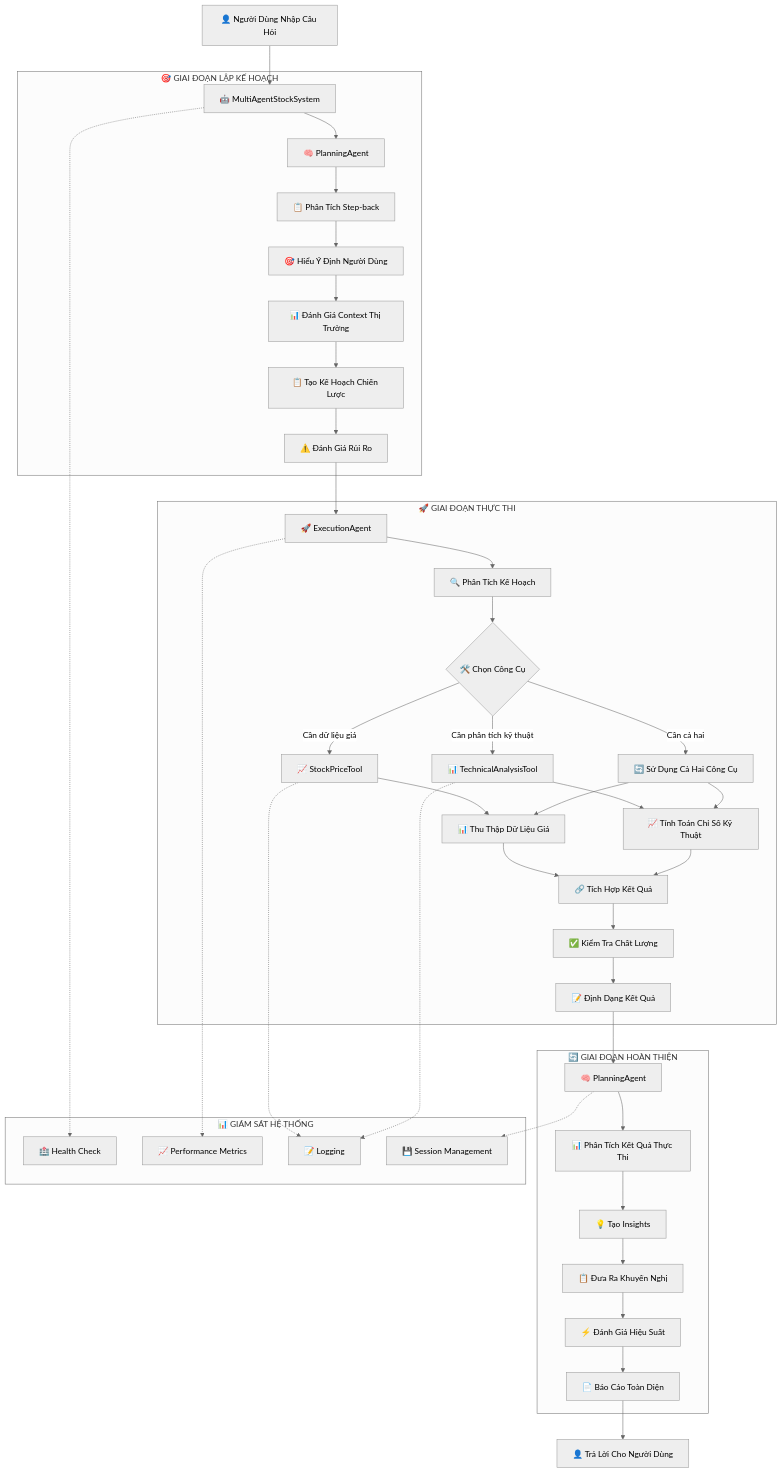
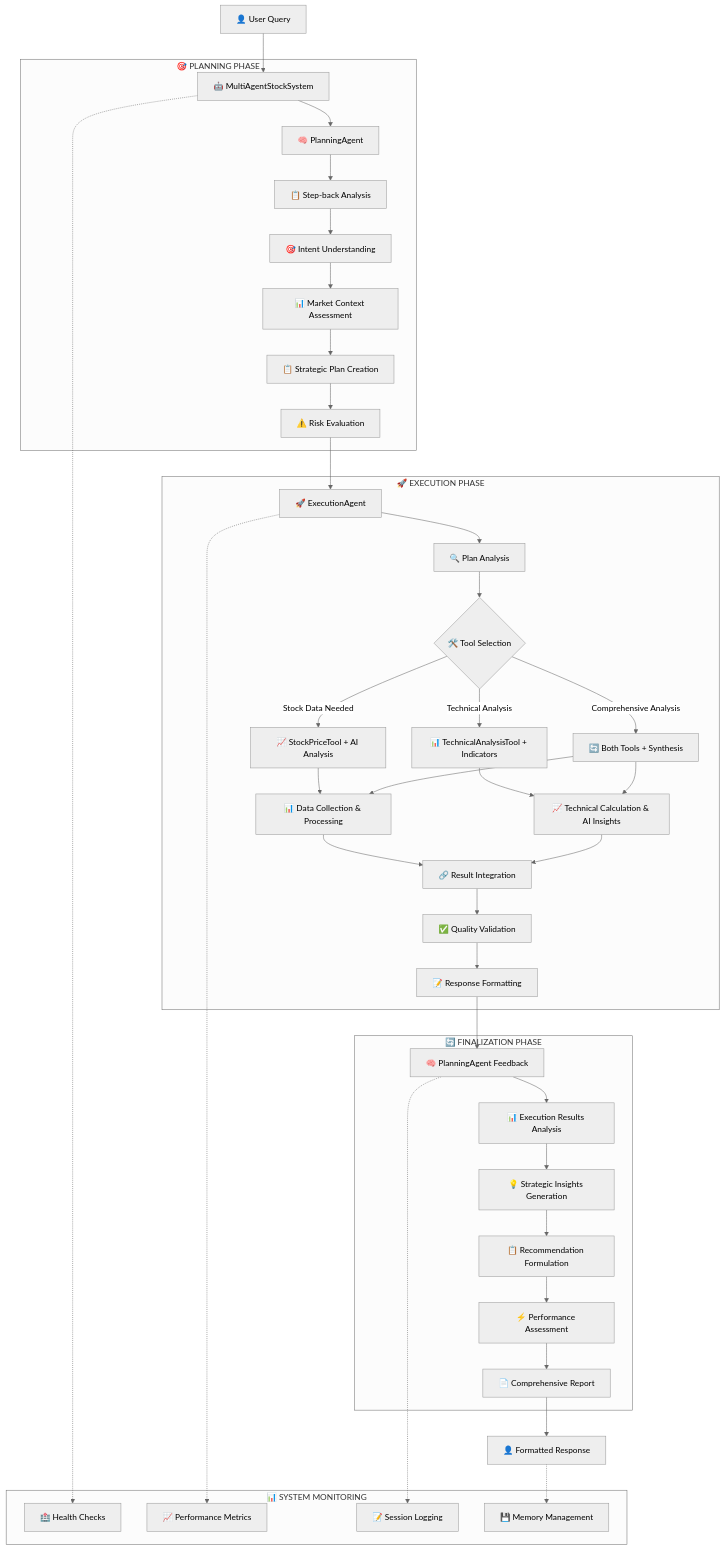
One commit to tranduythanh/Build-GenAI-Course-DataScienceWorld.Kan changed the diagram in unit11/README.md. Above: the diagram before and after it, drawn with Mermaid (neutral theme). The commit also changed other lines of this file, not shown here.

Commit message:
Refactor README.md for clarity and detail; enhance multi-agent system architecture overview and agent specialization descriptions

````diff
--- a/unit11/README.md
+++ b/unit11/README.md
@@ -30,57 +37,56 @@
 ```mermaid
 graph TD
-    A[👤 Người Dùng Nhập Câu Hỏi] --> B[🤖 MultiAgentStockSystem]
+    A[👤 User Query] --> B[🤖 MultiAgentStockSystem]
     
-    subgraph "🎯 GIAI ĐOẠN LẬP KẾ HOẠCH"
+    subgraph "🎯 PLANNING PHASE"
         B --> C[🧠 PlanningAgent]
-        C --> D[📋 Phân Tích Step-back]
-        D --> E[🎯 Hiểu Ý Định Người Dùng]
-        E --> F[📊 Đánh Giá Context Thị Trường]
-        F --> G[📋 Tạo Kế Hoạch Chiến Lược]
-        G --> H[⚠️ Đánh Giá Rủi Ro]
+        C --> D[📋 Step-back Analysis]
+        D --> E[🎯 Intent Understanding]
+        E --> F[📊 Market Context Assessment]
+        F --> G[📋 Strategic Plan Creation]
+        G --> H[⚠️ Risk Evaluation]
     end
     
-    subgraph "🚀 GIAI ĐOẠN THỰC THI"
+    subgraph "🚀 EXECUTION PHASE"
         H --> I[🚀 ExecutionAgent]
-        I --> J[🔍 Phân Tích Kế Hoạch]
-        J --> K{🛠️ Chọn Công Cụ}
+        I --> J[🔍 Plan Analysis]
+        J --> K{🛠️ Tool Selection}
         
-        K -->|Cần dữ liệu giá| L[📈 StockPriceTool]
-        K -->|Cần phân tích kỹ thuật| M[📊 TechnicalAnalysisTool]
-        K -->|Cần cả hai| N[🔄 Sử Dụng Cả Hai Công Cụ]
+        K -->|Stock Data Needed| L[📈 StockPriceTool + AI Analysis]
+        K -->|Technical Analysis| M[📊 TechnicalAnalysisTool + Indicators]
+        K -->|Comprehensive Analysis| N[🔄 Both Tools + Synthesis]
         
-        L --> O[📊 Thu Thập Dữ Liệu Giá]
-        M --> P[📈 Tính Toán Chỉ Số Kỹ Thuật]
+        L --> O[📊 Data Collection & Processing]
+        M --> P[📈 Technical Calculation & AI Insights]
         N --> O
         N --> P
         
-        O --> Q[🔗 Tích Hợp Kết Quả]
+        O --> Q[🔗 Result Integration]
         P --> Q
-        Q --> R[✅ Kiểm Tra Chất Lượng]
-        R --> S[📝 Định Dạng Kết Quả]
+        Q --> R[✅ Quality Validation]
+        R --> S[📝 Response Formatting]
     end
     
-    subgraph "🔄 GIAI ĐOẠN HOÀN THIỆN"
-        S --> T[🧠 PlanningAgent]
-        T --> U[📊 Phân Tích Kết Quả Thực Thi]
-        U --> V[💡 Tạo Insights]
-        V --> W[📋 Đưa Ra Khuyến Nghị]
-        W --> X[⚡ Đánh Giá Hiệu Suất]
-        X --> Y[📄 Báo Cáo Toàn Diện]
+    subgraph "🔄 FINALIZATION PHASE"
+        S --> T[🧠 PlanningAgent Feedback]
+        T --> U[📊 Execution Results Analysis]
+        U --> V[💡 Strategic Insights Generation]
+        V --> W[📋 Recommendation Formulation]
+        W --> X[⚡ Performance Assessment]
+        X --> Y[📄 Comprehensive Report]
     end
     
-    Y --> Z[👤 Trả Lời Cho Người Dùng]
+    Y --> Z[👤 Formatted Response]
     
-    subgraph "📊 GIÁM SÁT HỆ THỐNG"
-        AA[🏥 Health Check]
+    subgraph "📊 SYSTEM MONITORING"
+        AA[🏥 Health Checks]
         BB[📈 Performance Metrics]
-        CC[📝 Logging]
-        DD[💾 Session Management]
+        CC[📝 Session Logging]
+        DD[💾 Memory Management]
     end
     
     B -.-> AA
     I -.-> BB
-    L -.-> CC
-    M -.-> CC
-    T -.-> DD
+    T -.-> CC
+    Z -.-> DD
 ```
````
